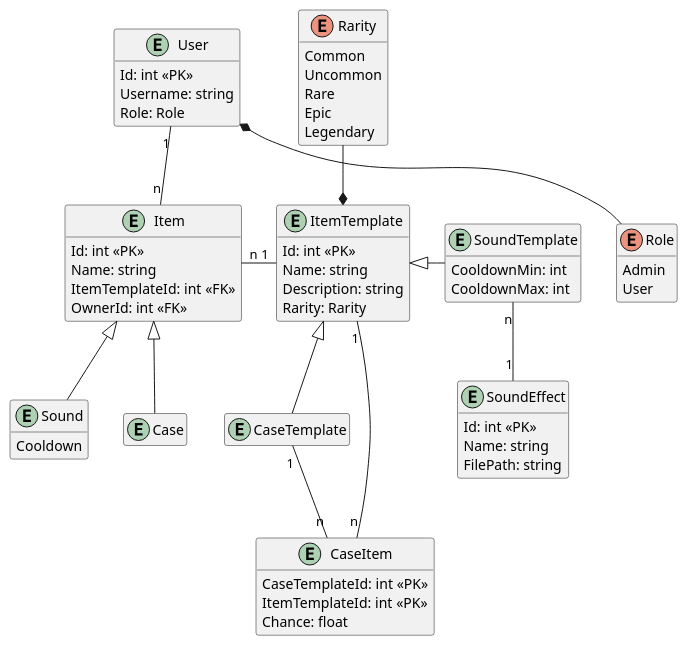
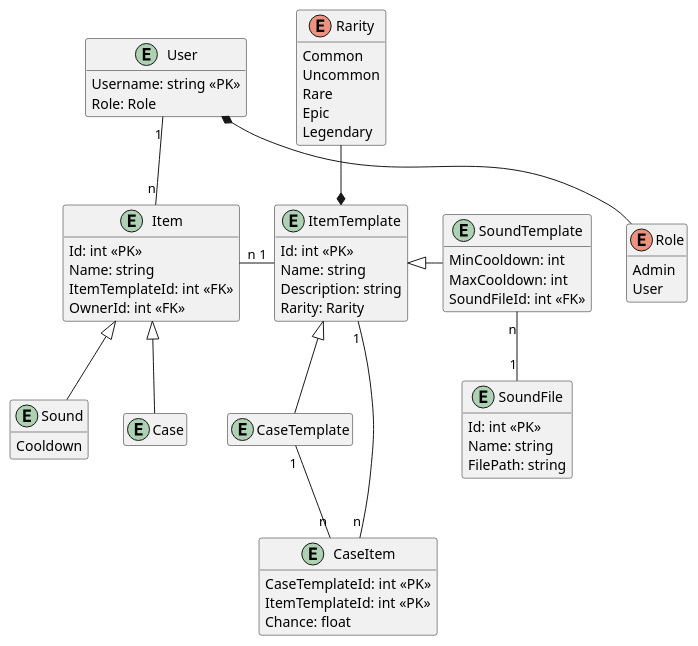
One commit to paul-schein/SoundCaseOpener changed the diagram in docs/erd.adoc. Above: the diagram before and after it, drawn with PlantUML. The commit also changed 25 other files, not shown here.

```diff
--- a/docs/erd.adoc
+++ b/docs/erd.adoc
@@ -5,8 +5,7 @@
 hide empty fields
 
 entity User {
-    Id: int <<PK>>
-    Username: string
+    Username: string <<PK>>
     Role: Role
 }
 
@@ -33,8 +32,9 @@
 entity CaseTemplate {}
 
 entity SoundTemplate {
-    CooldownMin: int
-    CooldownMax: int
+    MinCooldown: int
+    MaxCooldown: int
+    SoundFileId: int <<FK>>
 }
 
 entity CaseItem {
@@ -58,7 +58,7 @@
 
 }
 
-entity SoundEffect {
+entity SoundFile {
     Id: int <<PK>>
     Name: string
     FilePath: string
@@ -76,7 +76,7 @@
 CaseTemplate "1" -- "n" CaseItem
 CaseItem "n" -- "1" ItemTemplate
 
-SoundTemplate "n" -- "1" SoundEffect
+SoundTemplate "n" -- "1" SoundFile
 
 User "1" -- "n" Item
 User *-- Role
```
